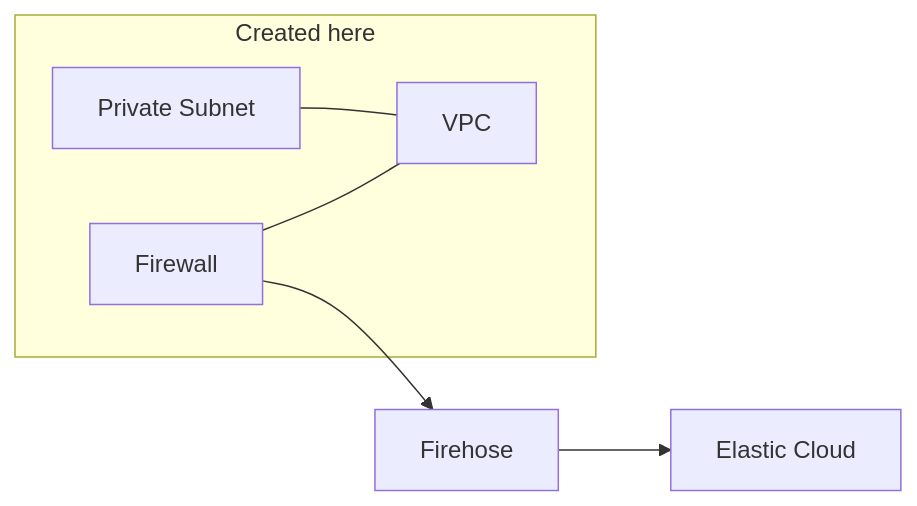
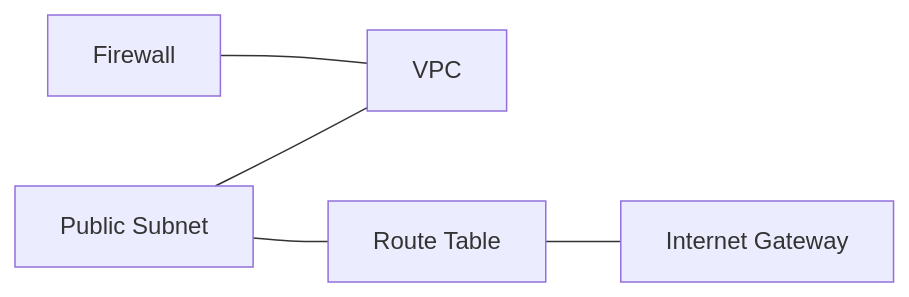
Before and after one commit to constanca-m/firehose-vs-esf-vs-agent: the diagram in terraform/workflow-3/README.md, drawn with Mermaid. The commit also changed other lines of this file and 33 other files, not shown here.

````diff
--- a/terraform/workflow-3/README.md
+++ b/terraform/workflow-3/README.md
@@ -4,9 +4,7 @@
 ```mermaid
 flowchart LR
-    subgraph Created here
-        firewall[Firewall] --- vpc[VPC]
-        subnet[Private Subnet] --- vpc[VPC]
-    end
-    firewall[Firewall] --> firehose[Firehose]
-    firehose[Firehose] --> elastic[Elastic Cloud]
+    firewall[Firewall] --- vpc[VPC]
+    subnet[Public Subnet] --- vpc[VPC]
+    route[Route Table] --- internet[Internet Gateway]
+    subnet[Public Subnet] --- route[Route Table]
 ```
````
